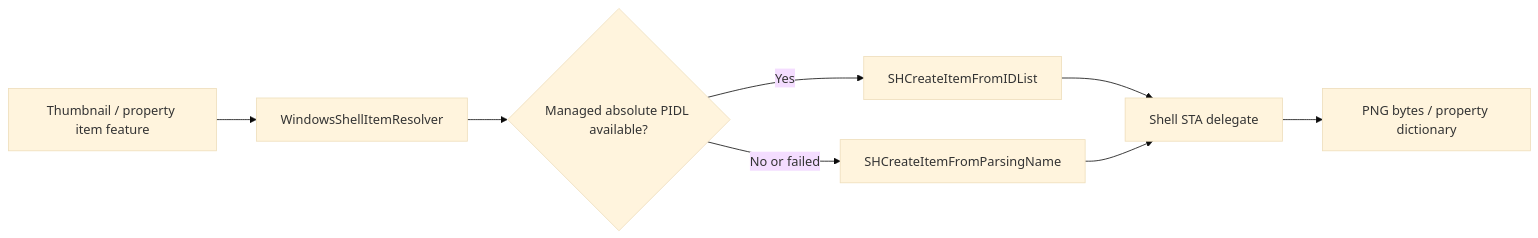
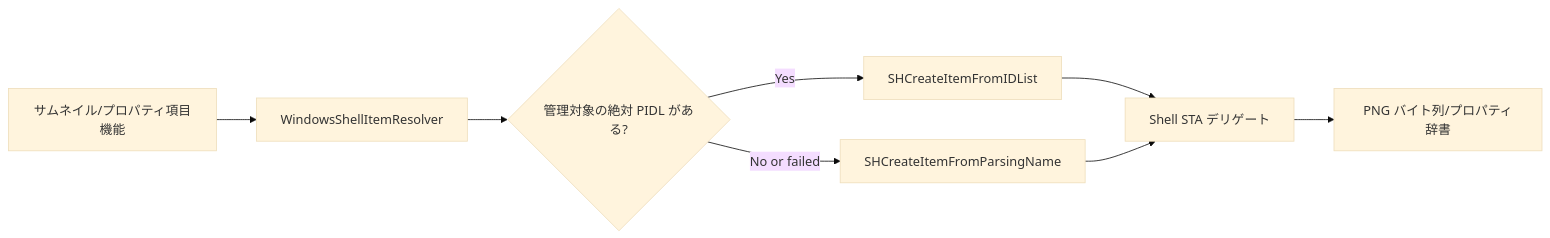
The fourth of 8 diagrams in docs/architecture/windows-storage.md (0x5bfa/Files), drawn with Mermaid (base theme) before and after one commit. The commit also changed other lines of this file and 18 other files, not shown here.

Commit message:
Translate architecture docs to Japanese

````diff
--- a/docs/architecture/windows-storage.md
+++ b/docs/architecture/windows-storage.md
@@ -141,10 +141,10 @@
 ```mermaid
 flowchart LR
-    ItemFeature["Thumbnail / property item feature"] --> Resolver["WindowsShellItemResolver"]
-    Resolver --> Pidl{"Managed absolute PIDL available?"}
+    ItemFeature["サムネイル/プロパティ項目機能"] --> Resolver["WindowsShellItemResolver"]
+    Resolver --> Pidl{"管理対象の絶対 PIDL がある?"}
     Pidl -->|Yes| FromPidl["SHCreateItemFromIDList"]
     Pidl -->|No or failed| FromName["SHCreateItemFromParsingName"]
-    FromPidl --> STA["Shell STA delegate"]
+    FromPidl --> STA["Shell STA デリゲート"]
     FromName --> STA
-    STA --> Managed["PNG bytes / property dictionary"]
+    STA --> Managed["PNG バイト列/プロパティ辞書"]
 ```
````
